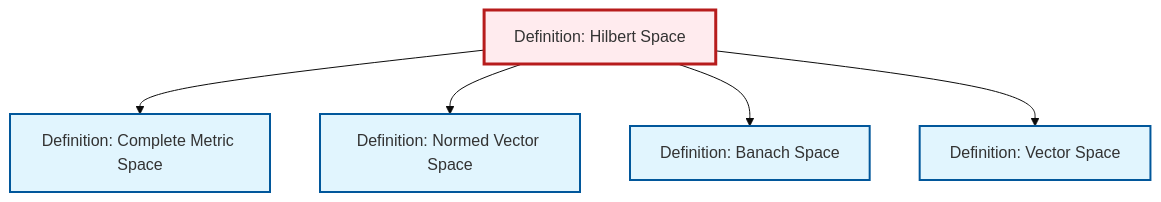
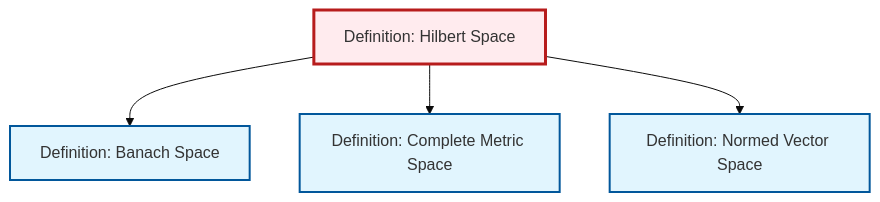
One commit to RK0429/ModernMath changed the diagram in content/en/analysis/def-hilbert-space.qmd. Above: the diagram before and after it, drawn with Mermaid (base theme). The commit also changed 597 other files, not shown here.

````diff
--- a/content/en/analysis/def-hilbert-space.qmd
+++ b/content/en/analysis/def-hilbert-space.qmd
@@ -169,23 +169,20 @@
 ```{mermaid}
 %%| fig-cap: "Local dependency graph"
 graph TD
     classDef definition fill:#e1f5fe,stroke:#01579b,stroke-width:2px
     classDef theorem fill:#f3e5f5,stroke:#4a148c,stroke-width:2px
     classDef axiom fill:#fff3e0,stroke:#e65100,stroke-width:2px
     classDef example fill:#e8f5e9,stroke:#1b5e20,stroke-width:2px
     classDef current fill:#ffebee,stroke:#b71c1c,stroke-width:3px
+    def-banach-space["Definition: Banach Space"]:::definition
+    def-complete-metric-space["Definition: Complete Metric Space"]:::definition
+    def-normed-vector-space["Definition: Normed Vector Space"]:::definition
     def-hilbert-space["Definition: Hilbert Space"]:::definition
-    def-normed-vector-space["Definition: Normed Vector Space"]:::definition
-    def-complete-metric-space["Definition: Complete Metric Space"]:::definition
-    def-banach-space["Definition: Banach Space"]:::definition
-    def-vector-space["Definition: Vector Space"]:::definition
+    def-hilbert-space --> def-banach-space
     def-hilbert-space --> def-complete-metric-space
     def-hilbert-space --> def-normed-vector-space
-    def-hilbert-space --> def-banach-space
-    def-hilbert-space --> def-vector-space
     class def-hilbert-space current
+    click def-banach-space "def-banach-space.html" "Go to Banach Space definition"
+    click def-complete-metric-space "def-complete-metric-space.html" "Go to Complete Metric Space definition"
     click def-normed-vector-space "def-normed-vector-space.html" "Go to Normed Vector Space definition"
-    click def-complete-metric-space "def-complete-metric-space.html" "Go to Complete Metric Space definition"
-    click def-banach-space "def-banach-space.html" "Go to Banach Space definition"
-    click def-vector-space "../algebra/def-vector-space.html" "Go to Vector Space definition"
 ```
````
